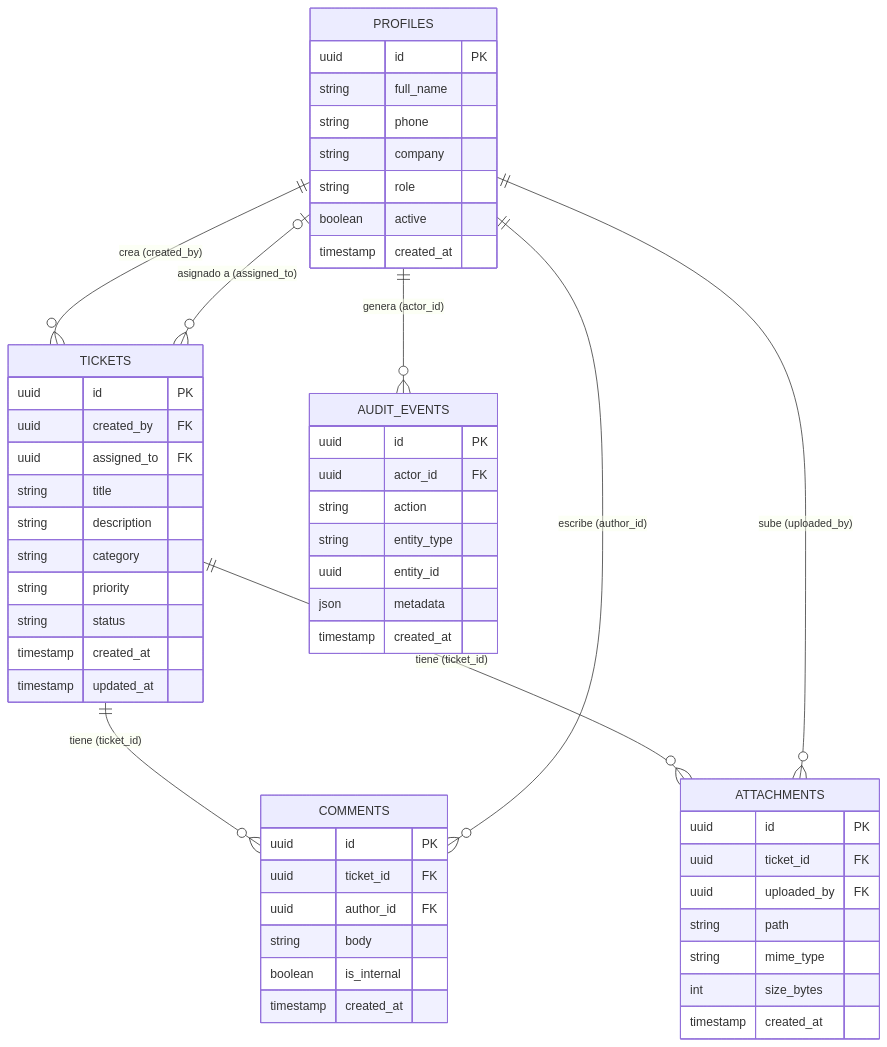
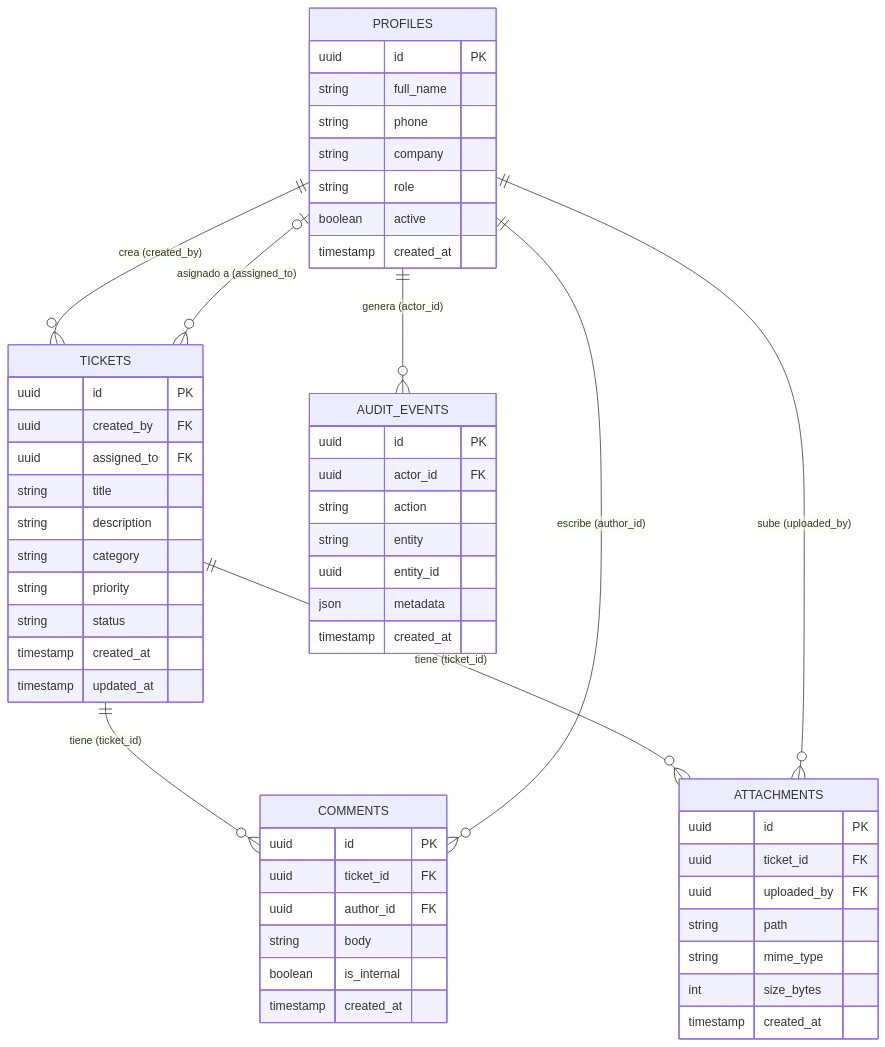
One commit to LoreJael/ntek-servicedesk changed the diagram in docs/modelo-datos.md. Above: the diagram before and after it, drawn with Mermaid. The commit also changed 1 other file, not shown here.

Commit message:
Agrega borrador de memoria técnica y corrige columna entity en el modelo de datos

````diff
--- a/docs/modelo-datos.md
+++ b/docs/modelo-datos.md
@@ -1,64 +1,64 @@
 ```mermaid
 erDiagram
     PROFILES {
         uuid id PK
         string full_name
         string phone
         string company
         string role
         boolean active
         timestamp created_at
     }
 
     TICKETS {
         uuid id PK
         uuid created_by FK
         uuid assigned_to FK
         string title
         string description
         string category
         string priority
         string status
         timestamp created_at
         timestamp updated_at
     }
 
     COMMENTS {
         uuid id PK
         uuid ticket_id FK
         uuid author_id FK
         string body
         boolean is_internal
         timestamp created_at
     }
 
     ATTACHMENTS {
         uuid id PK
         uuid ticket_id FK
         uuid uploaded_by FK
         string path
         string mime_type
         int size_bytes
         timestamp created_at
     }
 
     %% entity_id no es una FK real: es una referencia polimorfica.
-    %% La tabla a la que apunta depende del valor de entity_type (ticket, comment, attachment, etc).
+    %% La tabla a la que apunta depende del valor de entity (ticket, comment, attachment, etc).
     AUDIT_EVENTS {
         uuid id PK
         uuid actor_id FK
         string action
-        string entity_type
+        string entity
         uuid entity_id
         json metadata
         timestamp created_at
     }
 
     PROFILES ||--o{ TICKETS : "crea (created_by)"
     PROFILES o|--o{ TICKETS : "asignado a (assigned_to)"
     TICKETS ||--o{ COMMENTS : "tiene (ticket_id)"
     PROFILES ||--o{ COMMENTS : "escribe (author_id)"
     TICKETS ||--o{ ATTACHMENTS : "tiene (ticket_id)"
     PROFILES ||--o{ ATTACHMENTS : "sube (uploaded_by)"
     PROFILES ||--o{ AUDIT_EVENTS : "genera (actor_id)"
 ```
````
